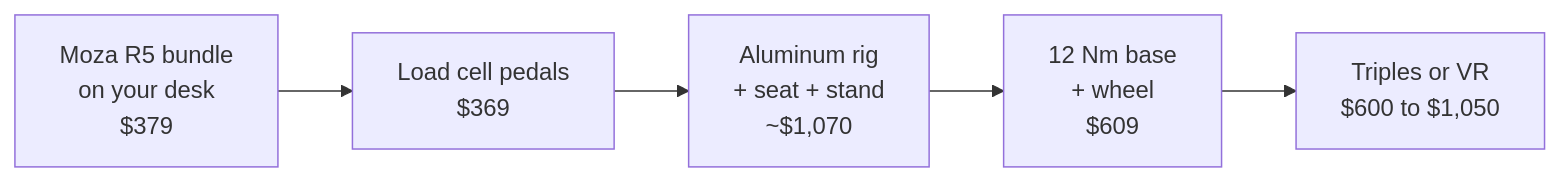
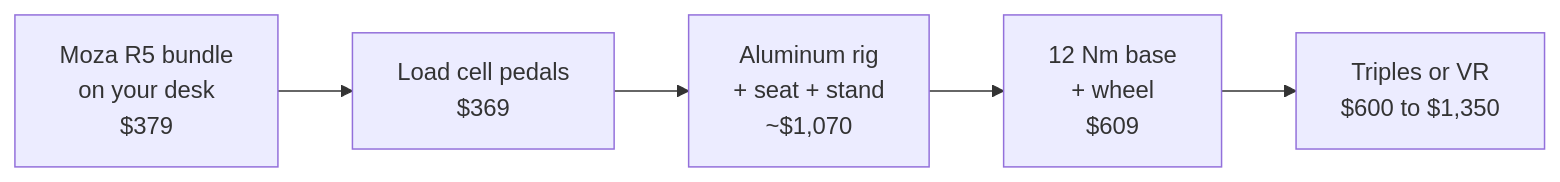
The diagram in docs/builds/index.md (johnjp15/sim-racing-guide), drawn with Mermaid before and after one commit. The commit also changed other lines of this file and 19 other files, not shown here.

````diff
--- a/docs/builds/index.md
+++ b/docs/builds/index.md
@@ -48,7 +48,7 @@
 ```mermaid
 flowchart LR
     A[Moza R5 bundle<br>on your desk<br>$379] --> B[Load cell pedals<br>$369]
     B --> C[Aluminum rig<br>+ seat + stand<br>~$1,070]
     C --> D[12 Nm base<br>+ wheel<br>$609]
-    D --> E[Triples or VR<br>$600 to $1,050]
+    D --> E[Triples or VR<br>$600 to $1,350]
 ```
````
